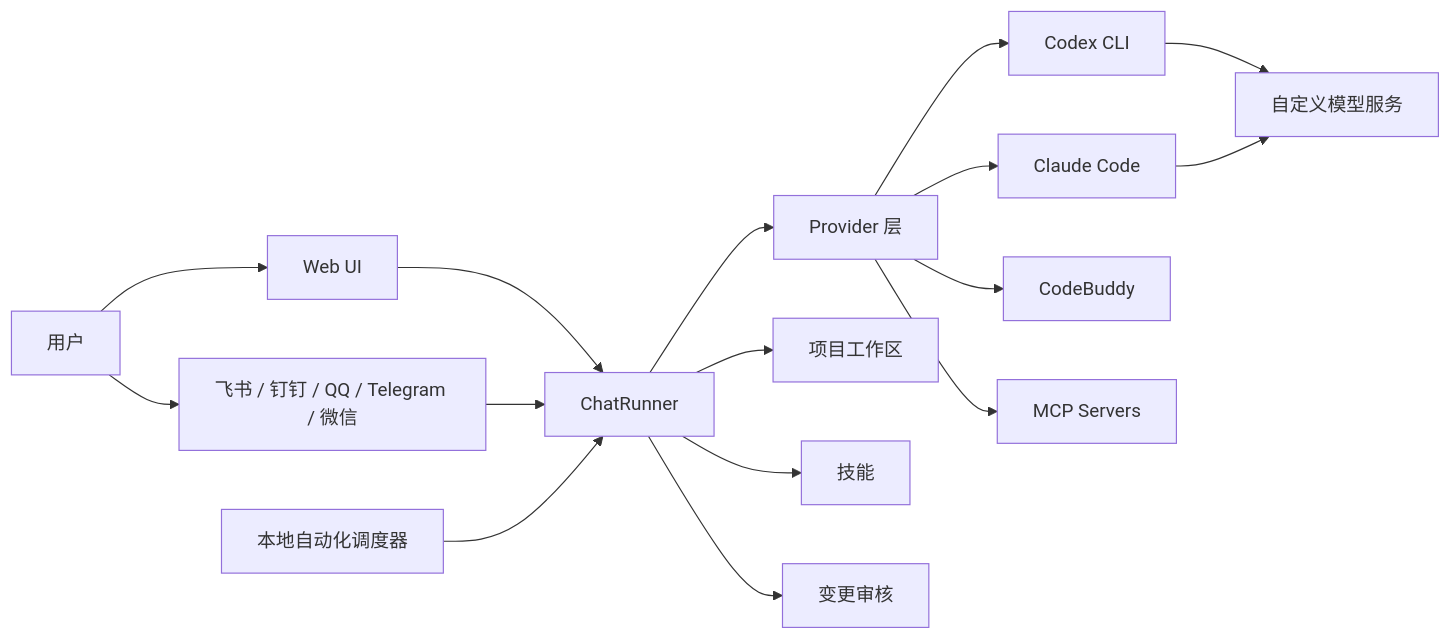
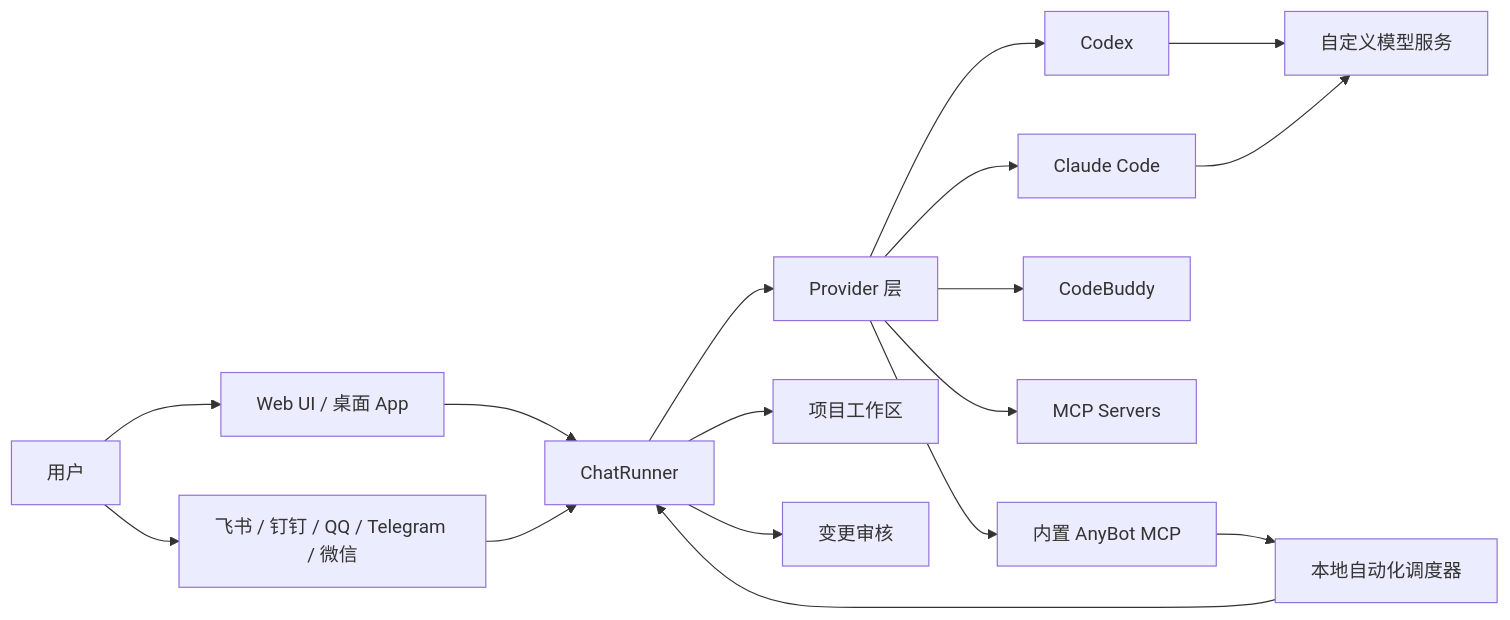
Before and after one commit to 1935417243/AnyBot: the diagram in README_CN.md, drawn with Mermaid. The commit also changed other lines of this file and 8 other files, not shown here.

First line of the commit message:
upd: README 同步 v1.0.15 功能并调整结构，更新截图

````diff
--- a/README_CN.md
+++ b/README_CN.md
@@ -71,18 +433,19 @@
 ```mermaid
 flowchart LR
-    User[用户] --> WebUI[Web UI]
+    User[用户] --> WebUI[Web UI / 桌面 App]
     User --> Channels[飞书 / 钉钉 / QQ / Telegram / 微信]
     WebUI --> Runner[ChatRunner]
     Channels --> Runner
     Automation[本地自动化调度器] --> Runner
     Runner --> Providers[Provider 层]
-    Providers --> Codex[Codex CLI]
+    Providers --> Codex[Codex]
     Providers --> Claude[Claude Code]
     Providers --> CodeBuddy[CodeBuddy]
     Codex --> ThirdParty[自定义模型服务]
     Claude --> ThirdParty
     Providers --> MCP[MCP Servers]
+    Providers --> AppMCP[内置 AnyBot MCP]
+    AppMCP --> Automation
     Runner --> Workspace[项目工作区]
-    Runner --> Skills[技能]
     Runner --> Review[变更审核]
 ```
````
